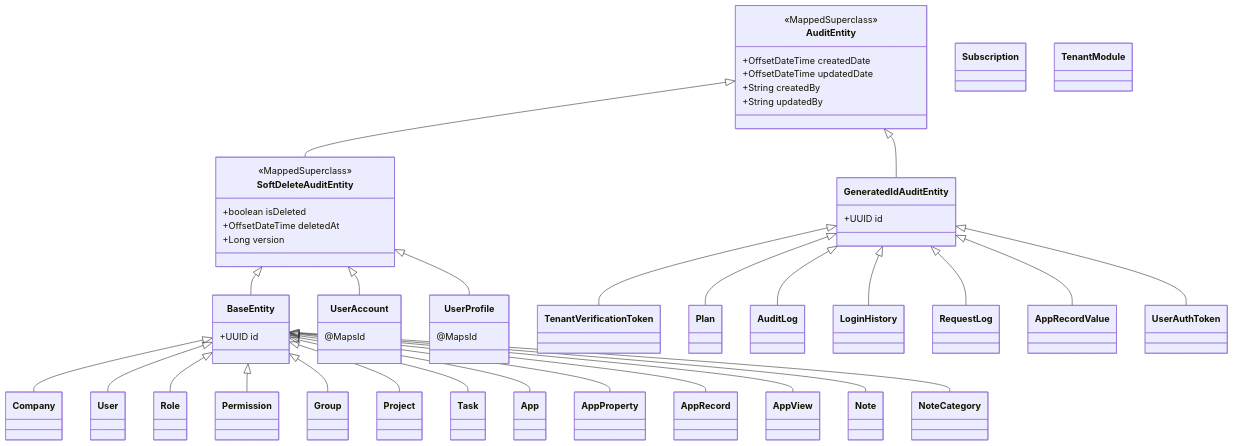
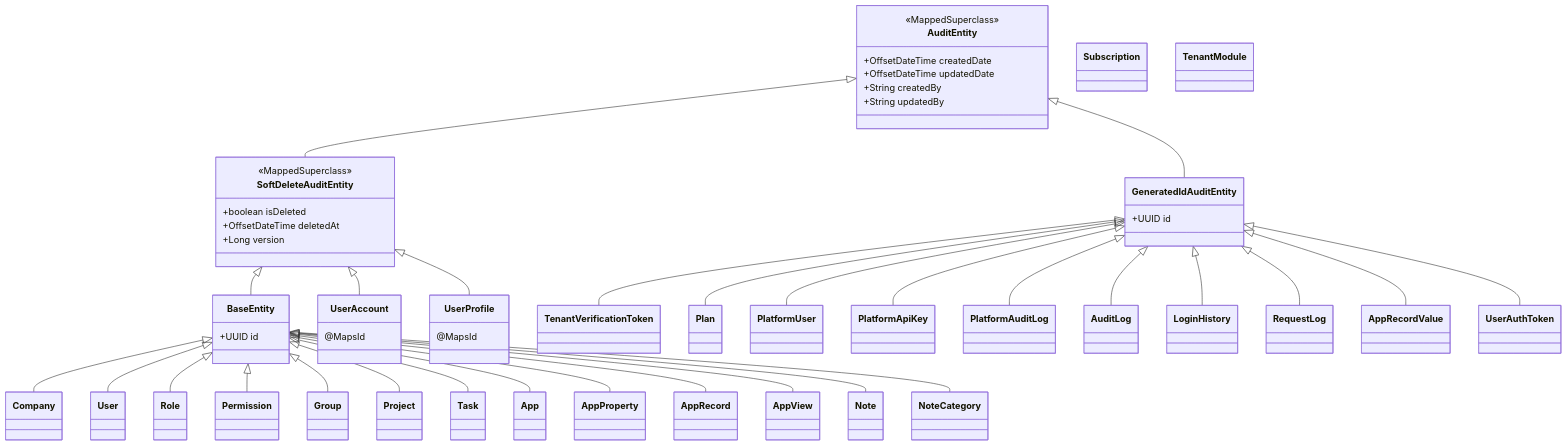
One commit to ibrhalil/forgesys changed the seventh of 7 diagrams in docs/ARCHITECTURE.md. Above: the diagram before and after it, drawn with Mermaid. The commit also changed other lines of this file and 45 other files, not shown here.

````diff
--- a/docs/ARCHITECTURE.md
+++ b/docs/ARCHITECTURE.md
@@ -244,6 +304,9 @@
     class Plan
     class Subscription
     class TenantModule
+    class PlatformUser
+    class PlatformApiKey
+    class PlatformAuditLog
     class Project
     class Task
     class AuditLog
@@ -279,4 +342,7 @@
     GeneratedIdAuditEntity <|-- LoginHistory
     GeneratedIdAuditEntity <|-- RequestLog
     GeneratedIdAuditEntity <|-- AppRecordValue
+    GeneratedIdAuditEntity <|-- PlatformUser
+    GeneratedIdAuditEntity <|-- PlatformApiKey
+    GeneratedIdAuditEntity <|-- PlatformAuditLog
 ```
````
